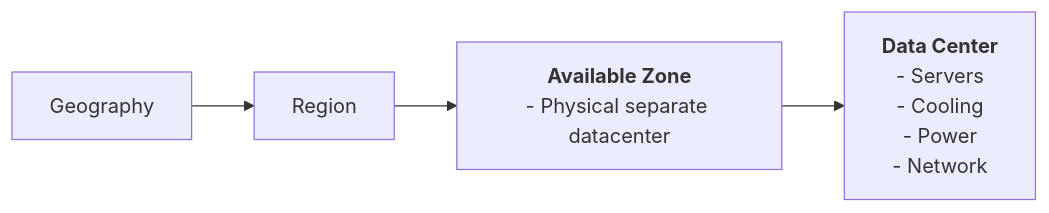
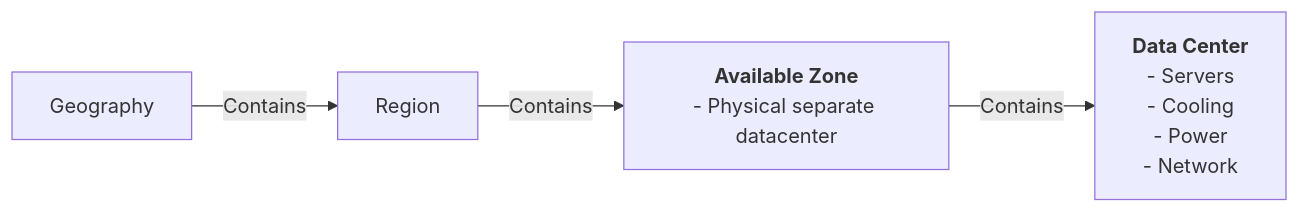
Before and after one commit to iamteppei/iamteppei.github.io: the first of 5 diagrams in _posts/2026/05/31/2026-05-31-azure-explained-through-diagrams-core-components-of-azure-part-1.md, drawn with Mermaid. The commit also changed other lines of this file, not shown here.

First line of the commit message:
docs(post): update Azure diagram section

````diff
--- a/_posts/2026/05/31/2026-05-31-azure-explained-through-diagrams-core-components-of-azure-part-1.md
+++ b/_posts/2026/05/31/2026-05-31-azure-explained-through-diagrams-core-components-of-azure-part-1.md
@@ -19,15 +19,15 @@
 ```mermaid
 
 graph LR
-    G["`Geography`"] --> Region
-    Region --> A["`**Available Zone**
+    G["`Geography`"] -->|Contains| Region
+    Region --> |Contains| A["`**Available Zone**
         - Physical separate datacenter
     `"]
-    A --> D["`**Data Center**
+    A -->|Contains| D["`**Data Center**
         - Servers
         - Cooling
         - Power
         - Network
     `"]
 
 ```
````
